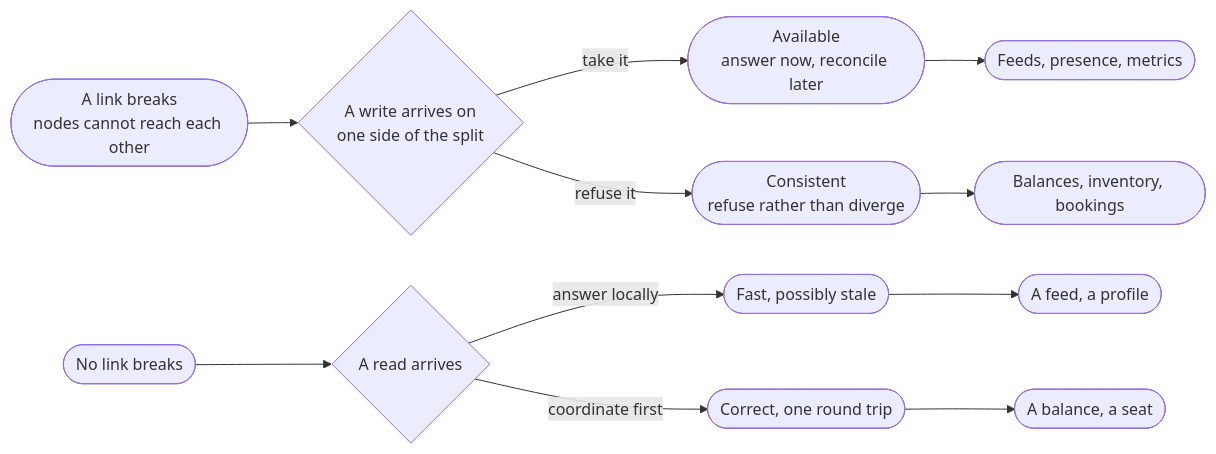
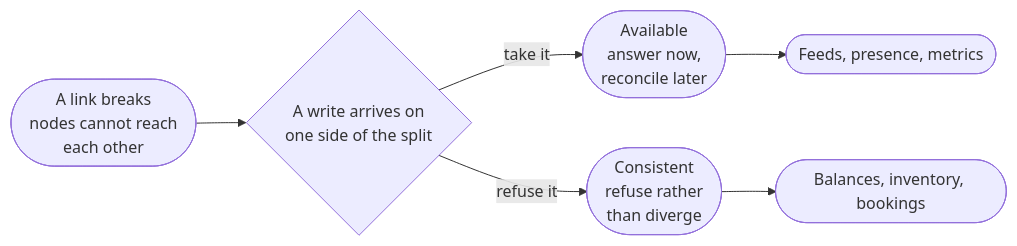
Before and after one commit to Laticent/lattice: the eighth of 25 diagrams in examples/system-design-foundations.md, drawn with Mermaid. The commit also changed other lines of this file and 1 other file, not shown here.

First line of the commit message:
deck(examples): split the two densest diagrams into the questions they actually ask

````diff
--- a/examples/system-design-foundations.md
+++ b/examples/system-design-foundations.md
@@ -1255,13 +1283,8 @@
 ```mermaid
 flowchart LR
-  N(["A link breaks<br/>nodes cannot reach each other"]) --> C{"A write arrives on<br/>one side of the split"}
-  C -->|"take it"| AP(["Available<br/>answer now, reconcile later"])
-  C -->|"refuse it"| CP(["Consistent<br/>refuse rather than diverge"])
+  N(["A link breaks<br/>nodes cannot reach<br/>each other"]) --> C{"A write arrives on<br/>one side of the split"}
+  C -->|"take it"| AP(["Available<br/>answer now,<br/>reconcile later"])
+  C -->|"refuse it"| CP(["Consistent<br/>refuse rather<br/>than diverge"])
   AP --> APC(["Feeds, presence, metrics"])
   CP --> CPC(["Balances, inventory, bookings"])
-  N2(["No link breaks"]) --> C2{"A read arrives"}
-  C2 -->|"answer locally"| L1(["Fast, possibly stale"])
-  C2 -->|"coordinate first"| L2(["Correct, one round trip"])
-  L1 --> L1C(["A feed, a profile"])
-  L2 --> L2C(["A balance, a seat"])
 ```
````
